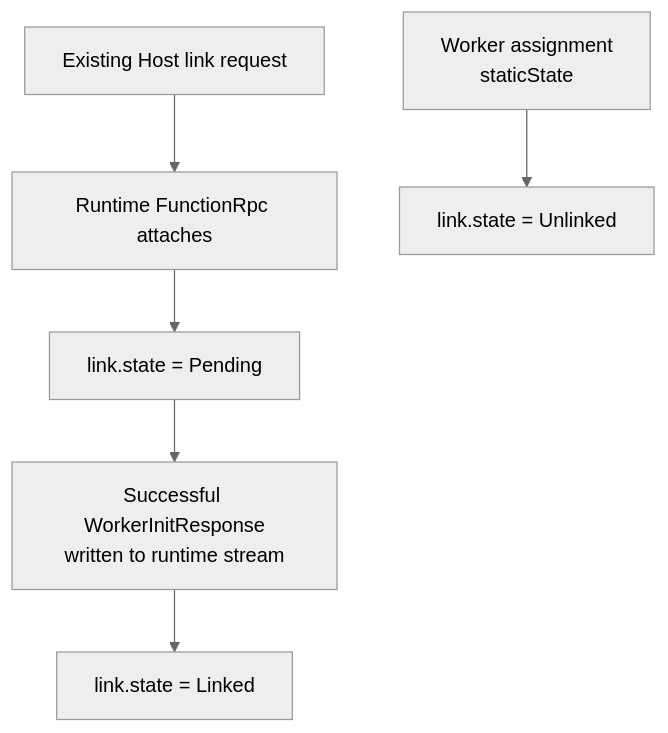
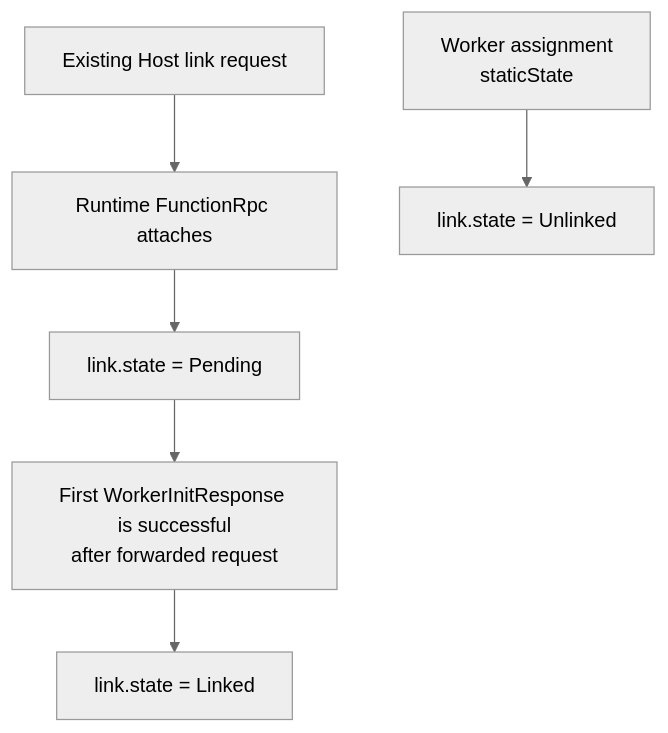
The third of 5 diagrams in tools/ComputeSeparation/BYOCSplitWorkerSignals.md (Azure/azure-functions-host), drawn with Mermaid (neutral theme) before and after one commit. The commit also changed other lines of this file and 6 other files, not shown here.

````diff
--- a/tools/ComputeSeparation/BYOCSplitWorkerSignals.md
+++ b/tools/ComputeSeparation/BYOCSplitWorkerSignals.md
@@ -59,16 +59,16 @@
 ```mermaid
 flowchart TD
     Static["Worker assignment<br/>staticState"]
     HostLink["Existing Host link request"]
     Attach["Runtime FunctionRpc attaches"]
-    Init["Successful WorkerInitResponse<br/>written to runtime stream"]
+    Init["First WorkerInitResponse is successful<br/>after forwarded request"]
     Unlinked["link.state = Unlinked"]
     Pending["link.state = Pending"]
     Linked["link.state = Linked"]
 
     Static --> Unlinked
     HostLink --> Attach
     Attach --> Pending
     Pending --> Init
     Init --> Linked
 ```
````
